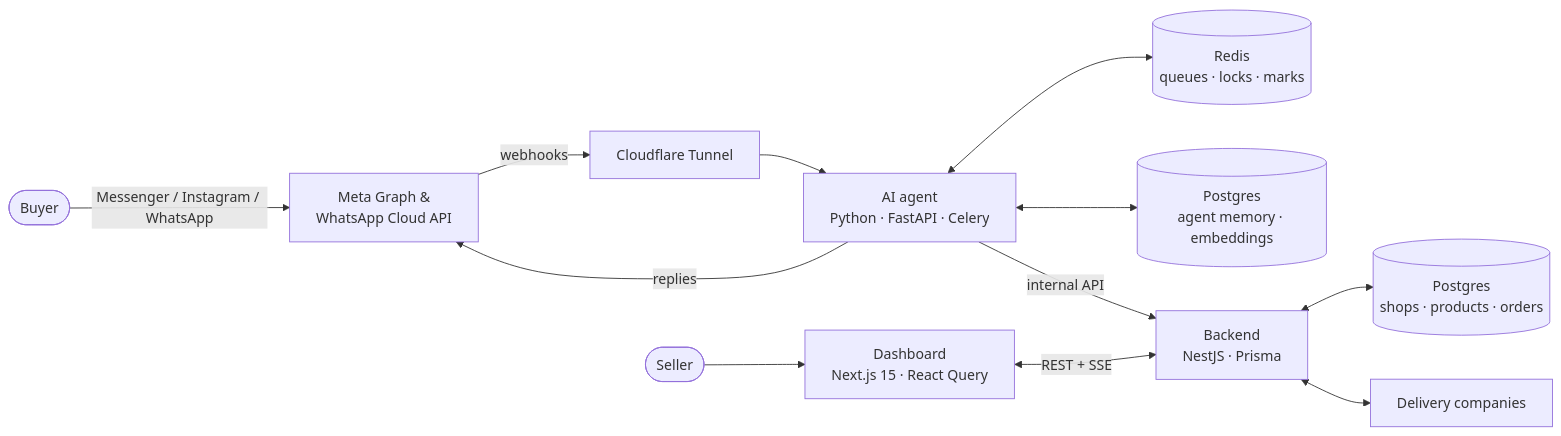
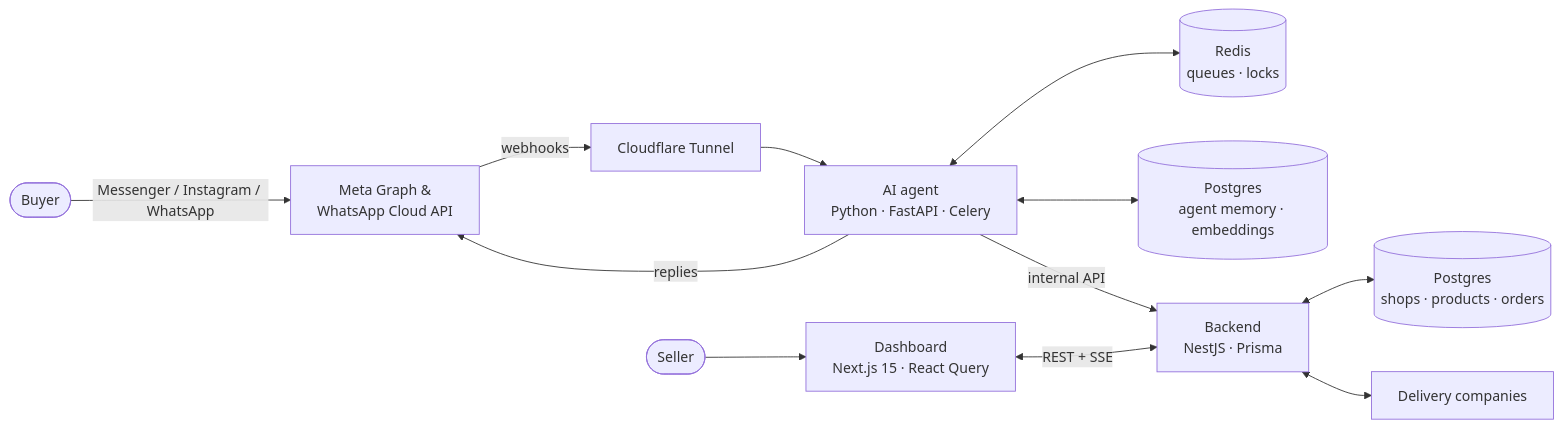
Before and after one commit to 2zwegi/thinflow-showcase: the second of 2 diagrams in README.md, drawn with Mermaid. The commit also changed other lines of this file, not shown here.

````diff
--- a/README.md
+++ b/README.md
@@ -35,25 +75,25 @@
 ```mermaid
 flowchart LR
     Buyer([Buyer])
     Meta["Meta Graph &<br/>WhatsApp Cloud API"]
     CF[Cloudflare Tunnel]
     Agent["AI agent<br/>Python · FastAPI · Celery"]
-    Redis[("Redis<br/>queues · locks · marks")]
+    Redis[("Redis<br/>queues · locks")]
     PGA[("Postgres<br/>agent memory · embeddings")]
     API["Backend<br/>NestJS · Prisma"]
     PGB[("Postgres<br/>shops · products · orders")]
     Dash["Dashboard<br/>Next.js 15 · React Query"]
     Seller([Seller])
     Delivery[Delivery companies]
 
     Buyer -- "Messenger / Instagram / WhatsApp" --> Meta
     Meta -- webhooks --> CF --> Agent
     Agent -- replies --> Meta
     Agent <--> Redis
     Agent <--> PGA
     Agent -- internal API --> API
     API <--> PGB
     API <--> Delivery
     Dash <-- "REST + SSE" --> API
     Seller --> Dash
 ```
````
